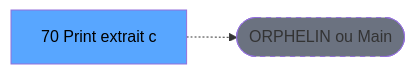
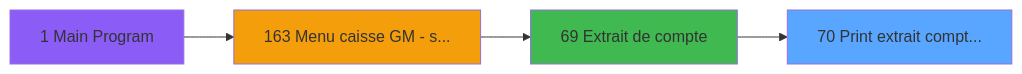
The second of 3 diagrams in .openspec/specs/ADH-IDE-70.md (thonyAGP/magic-migration), drawn with Mermaid before and after one commit. The commit also changed other lines of this file and 253 other files, not shown here.

````diff
--- a/.openspec/specs/ADH-IDE-70.md
+++ b/.openspec/specs/ADH-IDE-70.md
@@ -124,8 +515,14 @@
 ```mermaid
 graph LR
-    T[70 Print extrait c]
-    ORPHAN([ORPHELIN ou Main])
-    T -.-> ORPHAN
-    style T fill:#58a6ff,color:#000
-    style ORPHAN fill:#6b7280,stroke-dasharray: 5 5
+    T70[70 Print extrait compt...]
+    style T70 fill:#58a6ff
+    CC1[1 Main Program]
+    style CC1 fill:#8b5cf6
+    CC163[163 Menu caisse GM - s...]
+    style CC163 fill:#f59e0b
+    CC69[69 Extrait de compte]
+    style CC69 fill:#3fb950
+    CC163 --> CC69
+    CC1 --> CC163
+    CC69 --> T70
 ```
````
